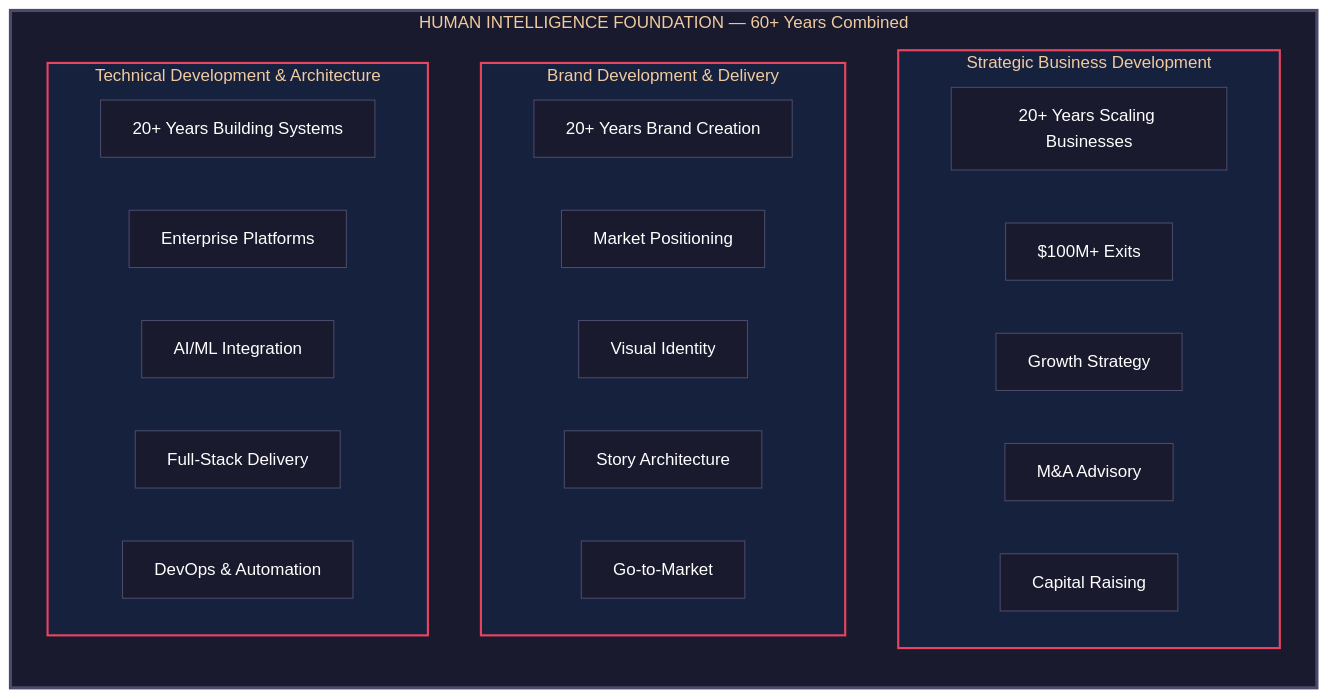
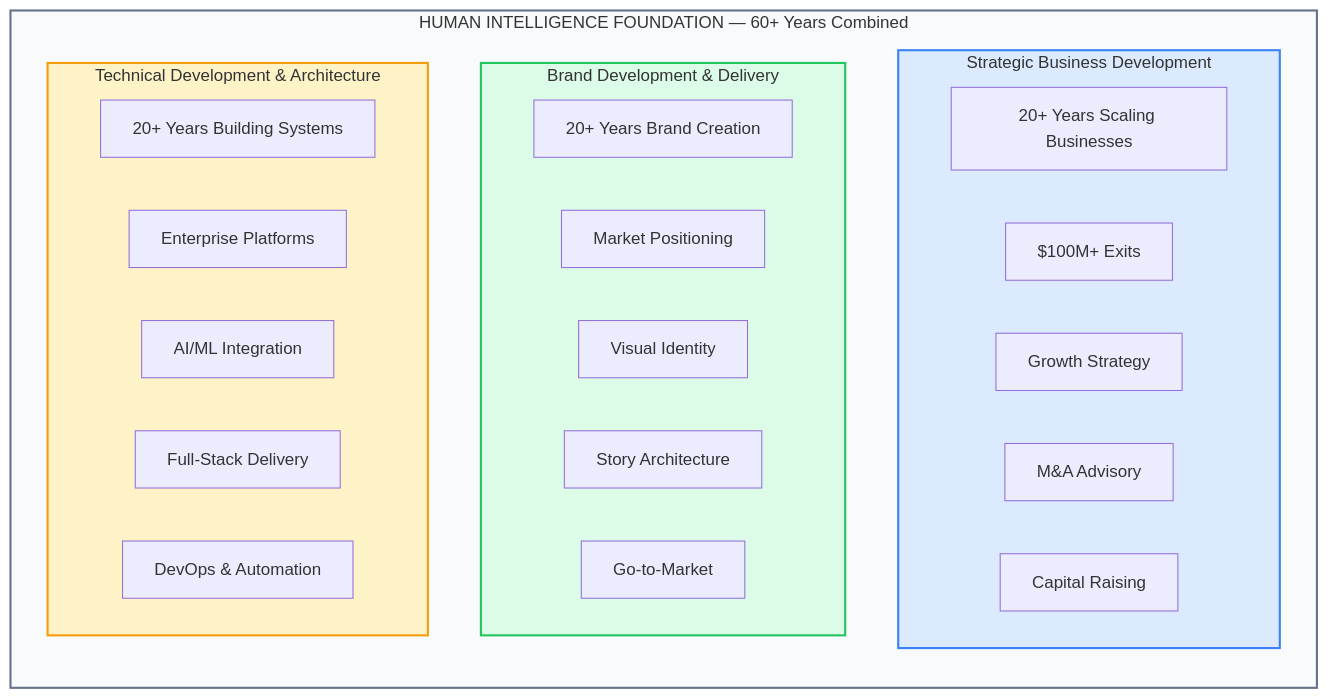
The first of 13 diagrams in docs/resources/ai-intelligence-ecosystem.md (Light-Brands/light-consulting), drawn with Mermaid before and after one commit. The commit also changed other lines of this file, not shown here.

First line of the commit message:
Soften mermaid diagram colors for better readability

````diff
--- a/docs/resources/ai-intelligence-ecosystem.md
+++ b/docs/resources/ai-intelligence-ecosystem.md
@@ -15,36 +15,36 @@
 ```mermaid
-%%{init: {'theme': 'base', 'themeVariables': { 'primaryColor': '#1a1a2e', 'primaryTextColor': '#fff', 'primaryBorderColor': '#4a4a6a', 'lineColor': '#4a4a6a', 'secondaryColor': '#16213e', 'tertiaryColor': '#0f3460'}}}%%
+%%{init: {'theme': 'default', 'themeVariables': { 'primaryColor': '#e0f2fe', 'primaryTextColor': '#0c4a6e', 'primaryBorderColor': '#7dd3fc', 'lineColor': '#38bdf8', 'secondaryColor': '#f0fdf4', 'tertiaryColor': '#fef3c7'}}}%%
 flowchart TB
     subgraph foundation["HUMAN INTELLIGENCE FOUNDATION — 60+ Years Combined"]
         direction TB
 
         subgraph business["Strategic Business Development"]
             b1["20+ Years Scaling Businesses"]
             b2["$100M+ Exits"]
             b3["Growth Strategy"]
             b4["M&A Advisory"]
             b5["Capital Raising"]
         end
 
         subgraph brand["Brand Development & Delivery"]
             br1["20+ Years Brand Creation"]
             br2["Market Positioning"]
             br3["Visual Identity"]
             br4["Story Architecture"]
             br5["Go-to-Market"]
         end
 
         subgraph tech["Technical Development & Architecture"]
             t1["20+ Years Building Systems"]
             t2["Enterprise Platforms"]
             t3["AI/ML Integration"]
             t4["Full-Stack Delivery"]
             t5["DevOps & Automation"]
         end
     end
 
-    style foundation fill:#1a1a2e,stroke:#4a4a6a,stroke-width:3px
-    style business fill:#16213e,stroke:#e94560,stroke-width:2px
-    style brand fill:#16213e,stroke:#e94560,stroke-width:2px
-    style tech fill:#16213e,stroke:#e94560,stroke-width:2px
+    style foundation fill:#f8fafc,stroke:#64748b,stroke-width:2px
+    style business fill:#dbeafe,stroke:#3b82f6,stroke-width:2px
+    style brand fill:#dcfce7,stroke:#22c55e,stroke-width:2px
+    style tech fill:#fef3c7,stroke:#f59e0b,stroke-width:2px
 ```
````
